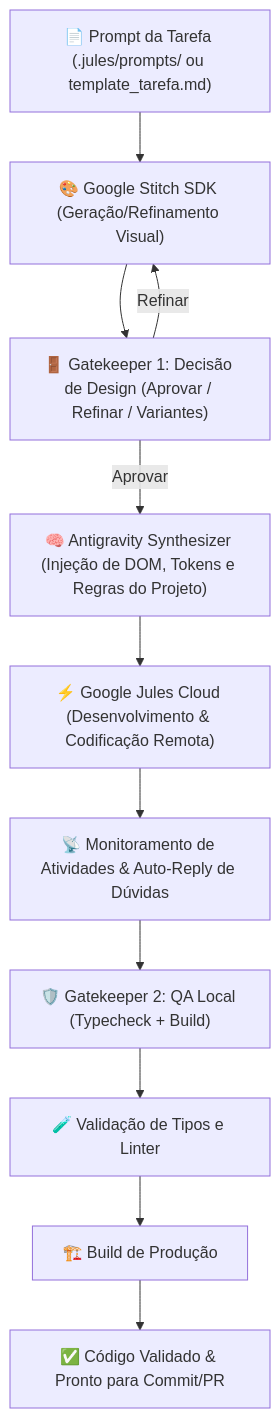
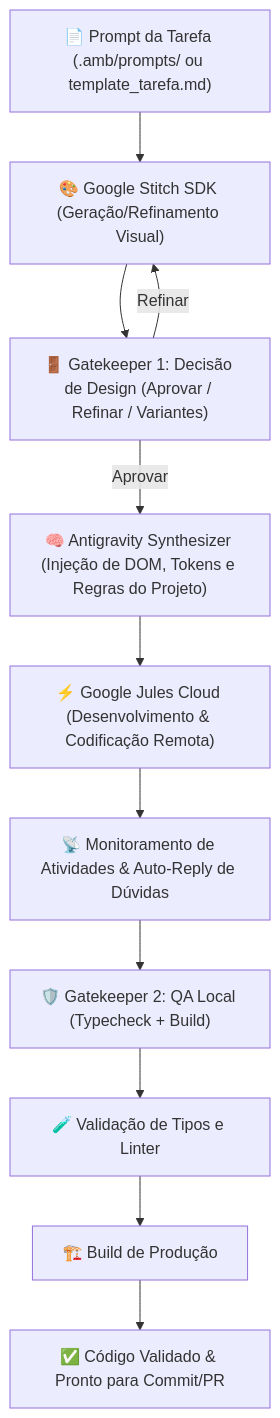
One commit to DiogoLuisHS/amb_v2 changed the diagram in pipeline/README.md. Above: the diagram before and after it, drawn with Mermaid. The commit also changed other lines of this file and 3 other files, not shown here.

````diff
--- a/pipeline/README.md
+++ b/pipeline/README.md
@@ -9,13 +9,13 @@
 ```mermaid
 graph TD
-    A["📄 Prompt da Tarefa (.jules/prompts/ ou template_tarefa.md)"] --> B["🎨 Google Stitch SDK (Geração/Refinamento Visual)"]
+    A["📄 Prompt da Tarefa (.amb/prompts/ ou template_tarefa.md)"] --> B["🎨 Google Stitch SDK (Geração/Refinamento Visual)"]
     B --> C["🚪 Gatekeeper 1: Decisão de Design (Aprovar / Refinar / Variantes)"]
     C -->|Aprovar| D["🧠 Antigravity Synthesizer (Injeção de DOM, Tokens e Regras do Projeto)"]
     C -->|Refinar| B
     D --> E["⚡ Google Jules Cloud (Desenvolvimento & Codificação Remota)"]
     E --> F["📡 Monitoramento de Atividades & Auto-Reply de Dúvidas"]
     F --> G["🛡️ Gatekeeper 2: QA Local (Typecheck + Build)"]
     G --> H["🧪 Validação de Tipos e Linter"]
     H --> I["🏗️ Build de Produção"]
     I --> J["✅ Código Validado & Pronto para Commit/PR"]
 ```
````
